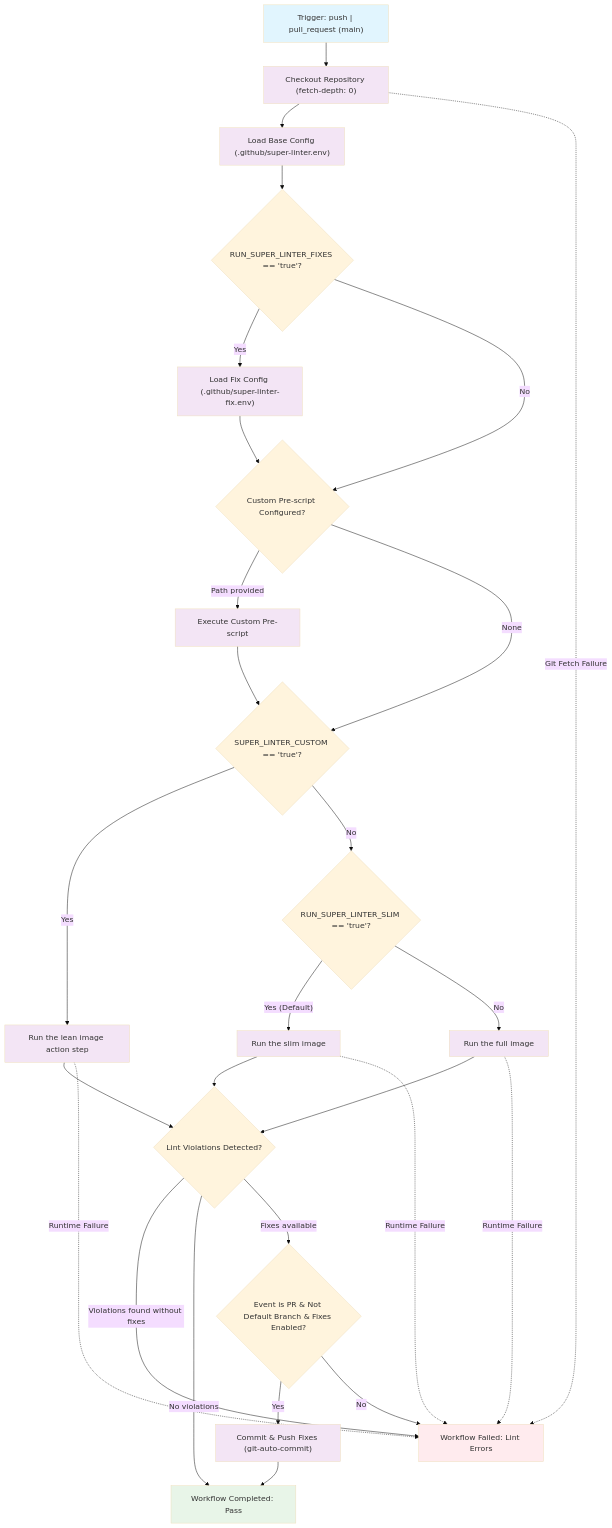
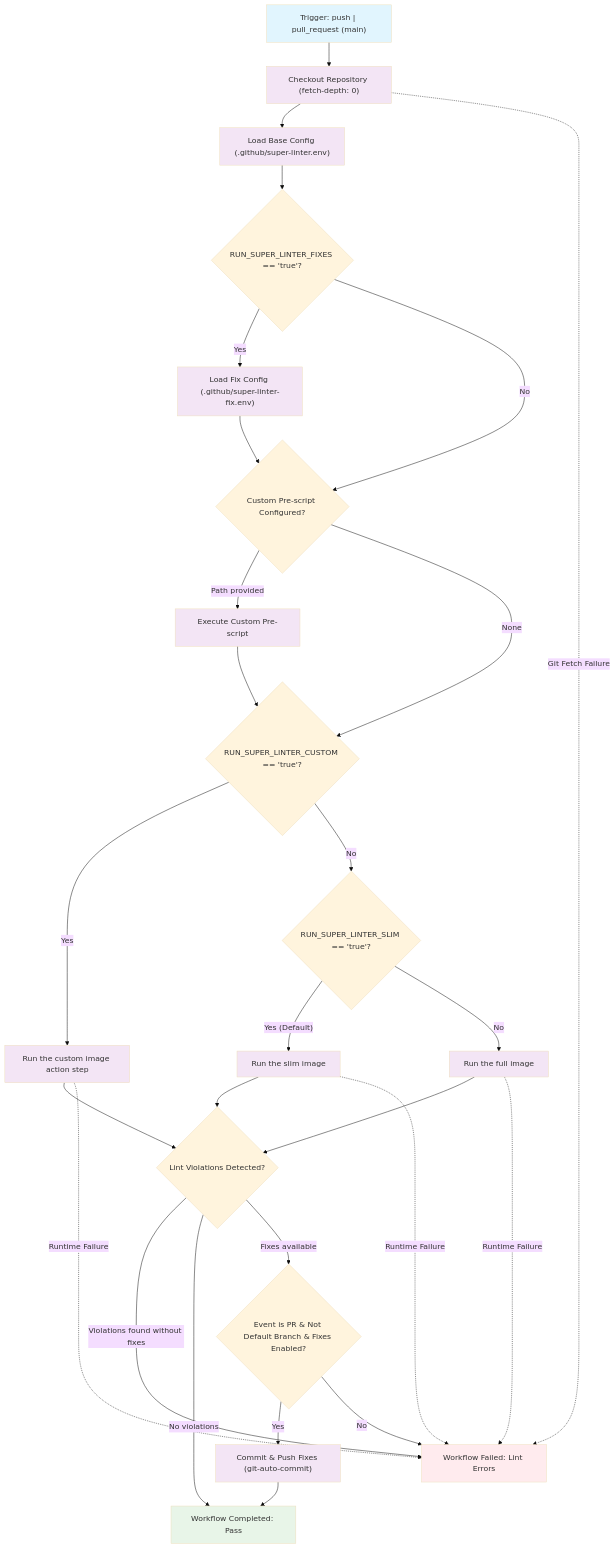
Before and after one commit to ghwfxlab/ghwm-registry: the diagram in workflows/super-linter/spec-process-cicd-super-linter.md, drawn with Mermaid (base theme). The commit also changed other lines of this file and 2 other files, not shown here.

First line of the commit message:
feat(super-linter): rename the custom switch and make the drift check optional

````diff
--- a/workflows/super-linter/spec-process-cicd-super-linter.md
+++ b/workflows/super-linter/spec-process-cicd-super-linter.md
@@ -28,41 +28,41 @@
 ```mermaid
 graph TD
     TriggerNode["Trigger: push | pull_request (main)"] --> Checkout["Checkout Repository (fetch-depth: 0)"]
     Checkout --> LoadConfig["Load Base Config (.github/super-linter.env)"]
     LoadConfig --> CheckFixConfig{"RUN_SUPER_LINTER_FIXES == 'true'?"}
     CheckFixConfig -->|"Yes"| LoadFixConfig["Load Fix Config (.github/super-linter-fix.env)"]
     CheckFixConfig -->|"No"| CheckCustomScript{"Custom Pre-script Configured?"}
     LoadFixConfig --> CheckCustomScript
     CheckCustomScript -->|"Path provided"| RunCustomScript["Execute Custom Pre-script"]
-    CheckCustomScript -->|"None"| SelectImage{"SUPER_LINTER_CUSTOM == 'true'?"}
+    CheckCustomScript -->|"None"| SelectImage{"RUN_SUPER_LINTER_CUSTOM == 'true'?"}
     RunCustomScript --> SelectImage
-    SelectImage -->|"Yes"| RunCustom["Run the lean image action step"]
+    SelectImage -->|"Yes"| RunCustom["Run the custom image action step"]
     SelectImage -->|"No"| SelectRunner{"RUN_SUPER_LINTER_SLIM == 'true'?"}
     SelectRunner -->|"Yes (Default)"| RunSlim["Run the slim image"]
     SelectRunner -->|"No"| RunFull["Run the full image"]
     RunCustom --> EvalResults{"Lint Violations Detected?"}
     RunSlim --> EvalResults
     RunFull --> EvalResults
     EvalResults -->|"Violations found without fixes"| FailureNode["Workflow Failed: Lint Errors"]
     EvalResults -->|"No violations"| SuccessNode["Workflow Completed: Pass"]
     EvalResults -->|"Fixes available"| CheckAutoCommit{"Event is PR & Not Default Branch & Fixes Enabled?"}
     CheckAutoCommit -->|"Yes"| CommitFixes["Commit & Push Fixes (git-auto-commit)"]
     CheckAutoCommit -->|"No"| FailureNode
     CommitFixes --> SuccessNode
     Checkout -.->|"Git Fetch Failure"| FailureNode
     RunCustom -.->|"Runtime Failure"| FailureNode
     RunSlim -.->|"Runtime Failure"| FailureNode
     RunFull -.->|"Runtime Failure"| FailureNode
 
     style TriggerNode fill:#e1f5fe
     style SuccessNode fill:#e8f5e8
     style FailureNode fill:#ffebee
     style Checkout fill:#f3e5f5
     style LoadConfig fill:#f3e5f5
     style LoadFixConfig fill:#f3e5f5
     style RunCustomScript fill:#f3e5f5
     style RunCustom fill:#f3e5f5
     style RunSlim fill:#f3e5f5
     style RunFull fill:#f3e5f5
     style CommitFixes fill:#f3e5f5
 ```
````
